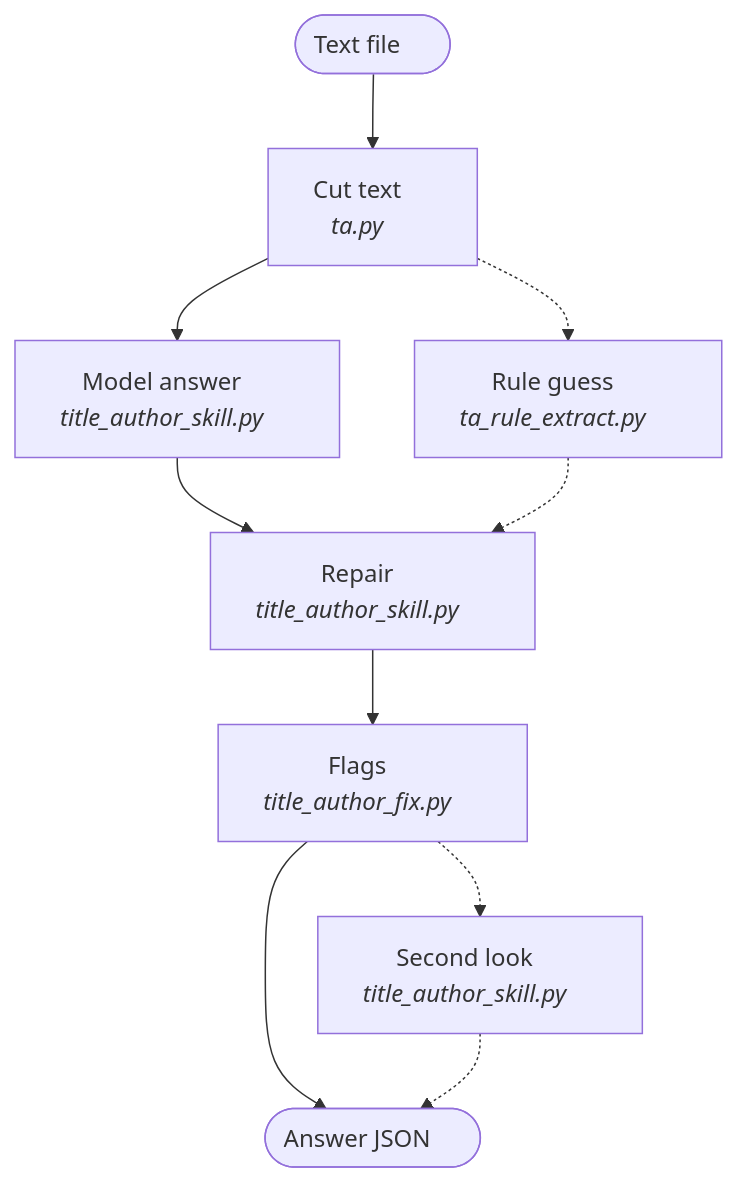
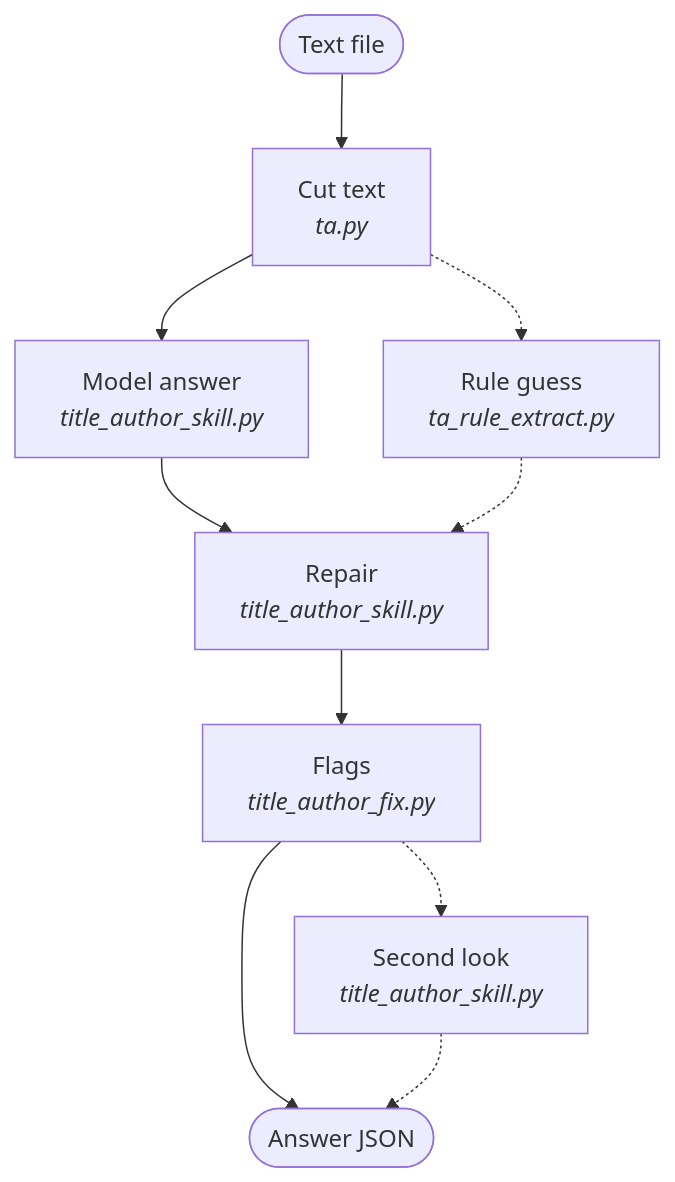
One commit to tenzinyonten/tibetan-layer-detection changed the second of 2 diagrams in title_author/README.md. Above: the diagram before and after it, drawn with Mermaid. The commit also changed other lines of this file and 8 other files, not shown here.

Commit message:
Flowcharts: draw labels as SVG text instead of HTML, drop padding

````diff
--- a/title_author/README.md
+++ b/title_author/README.md
@@ -115,12 +116,13 @@
 ```mermaid
+%%{init: {"flowchart": {"htmlLabels": false}}}%%
 flowchart TD
-  K1(["Text file&nbsp;&nbsp;&nbsp;&nbsp;&nbsp;"]) --> K2["Cut text&nbsp;&nbsp;&nbsp;&nbsp;&nbsp;<br/><i>ta.py&nbsp;&nbsp;&nbsp;&nbsp;&nbsp;</i>"]
-  K2 --> K3["Model answer&nbsp;&nbsp;&nbsp;&nbsp;&nbsp;<br/><i>title_author_skill.py&nbsp;&nbsp;&nbsp;&nbsp;&nbsp;</i>"]
-  K2 -.-> K4["Rule guess&nbsp;&nbsp;&nbsp;&nbsp;&nbsp;<br/><i>ta_rule_extract.py&nbsp;&nbsp;&nbsp;&nbsp;&nbsp;</i>"]
-  K3 --> K5["Repair&nbsp;&nbsp;&nbsp;&nbsp;&nbsp;<br/><i>title_author_skill.py&nbsp;&nbsp;&nbsp;&nbsp;&nbsp;</i>"]
+  K1(["Text file"]) --> K2["Cut text<br/><i>ta.py</i>"]
+  K2 --> K3["Model answer<br/><i>title_author_skill.py</i>"]
+  K2 -.-> K4["Rule guess<br/><i>ta_rule_extract.py</i>"]
+  K3 --> K5["Repair<br/><i>title_author_skill.py</i>"]
   K4 -.-> K5
-  K5 --> K6["Flags&nbsp;&nbsp;&nbsp;&nbsp;&nbsp;<br/><i>title_author_fix.py&nbsp;&nbsp;&nbsp;&nbsp;&nbsp;</i>"]
-  K6 --> K8(["Answer JSON&nbsp;&nbsp;&nbsp;&nbsp;&nbsp;"])
-  K6 -.-> K7["Second look&nbsp;&nbsp;&nbsp;&nbsp;&nbsp;<br/><i>title_author_skill.py&nbsp;&nbsp;&nbsp;&nbsp;&nbsp;</i>"]
+  K5 --> K6["Flags<br/><i>title_author_fix.py</i>"]
+  K6 --> K8(["Answer JSON"])
+  K6 -.-> K7["Second look<br/><i>title_author_skill.py</i>"]
   K7 -.-> K8
 ```
````
